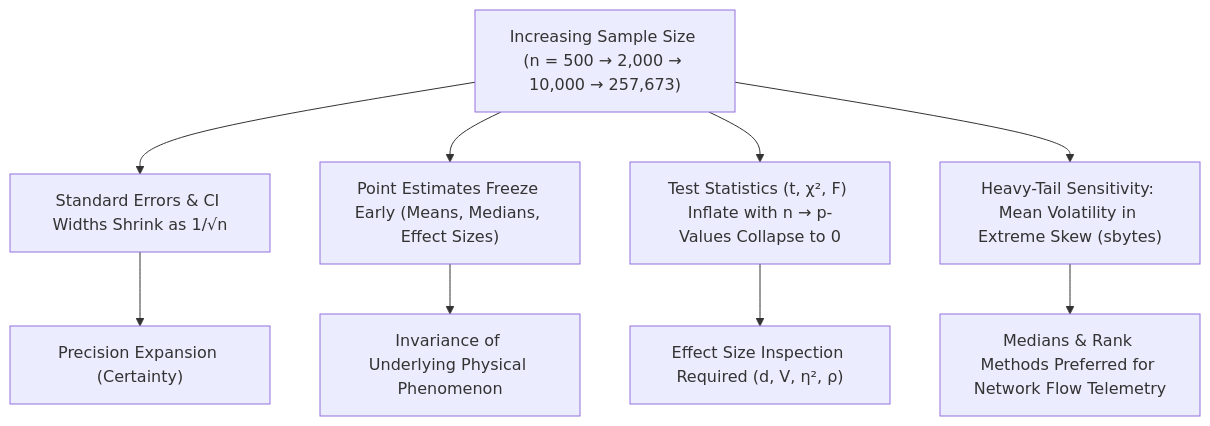
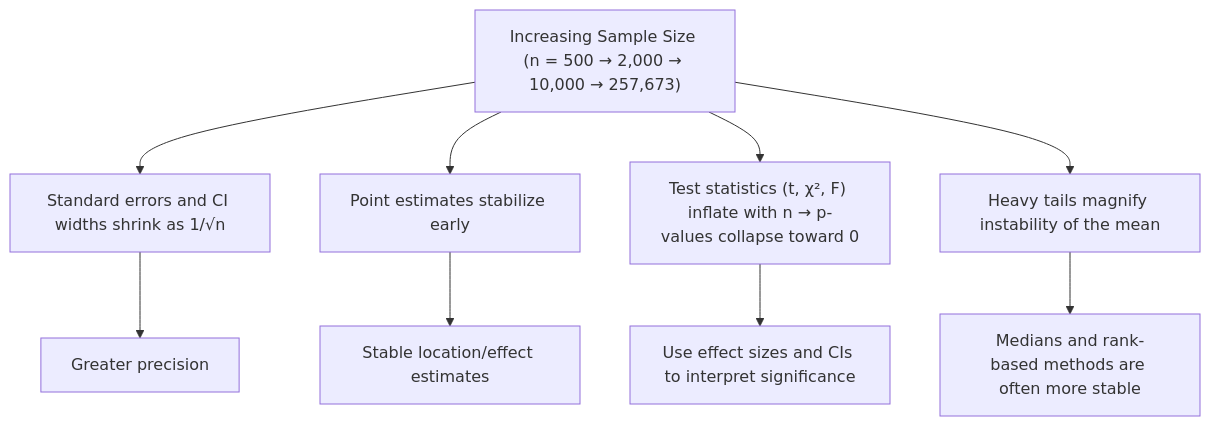
One commit to akshayrivers/Data-Analytics-UNSW_NB15 changed the diagram in README.md. Above: the diagram before and after it, drawn with Mermaid. The commit also changed other lines of this file, not shown here.

Commit message:
Correct the mathematical notation and inferential framing in the README to match the implemented analysis and standard statistical definitions.

````diff
--- a/README.md
+++ b/README.md
@@ -368,12 +403,12 @@
 ```mermaid
 flowchart TD
-    A["Increasing Sample Size (n = 500 → 2,000 → 10,000 → 257,673)"] --> B["Standard Errors & CI Widths Shrink as 1/√n"]
-    A --> C["Point Estimates Freeze Early (Means, Medians, Effect Sizes)"]
-    A --> D["Test Statistics (t, χ², F) Inflate with n → p-Values Collapse to 0"]
-    A --> E["Heavy-Tail Sensitivity: Mean Volatility in Extreme Skew (sbytes)"]
+    A["Increasing Sample Size (n = 500 → 2,000 → 10,000 → 257,673)"] --> B["Standard errors and CI widths shrink as 1/√n"]
+    A --> C["Point estimates stabilize early"]
+    A --> D["Test statistics (t, χ², F) inflate with n → p-values collapse toward 0"]
+    A --> E["Heavy tails magnify instability of the mean"]
 
-    B --> F["Precision Expansion (Certainty)"]
-    C --> G["Invariance of Underlying Physical Phenomenon"]
-    D --> H["Effect Size Inspection Required (d, V, η², ρ)"]
-    E --> I["Medians & Rank Methods Preferred for Network Flow Telemetry"]
+    B --> F["Greater precision"]
+    C --> G["Stable location/effect estimates"]
+    D --> H["Use effect sizes and CIs to interpret significance"]
+    E --> I["Medians and rank-based methods are often more stable"]
 ```
````
